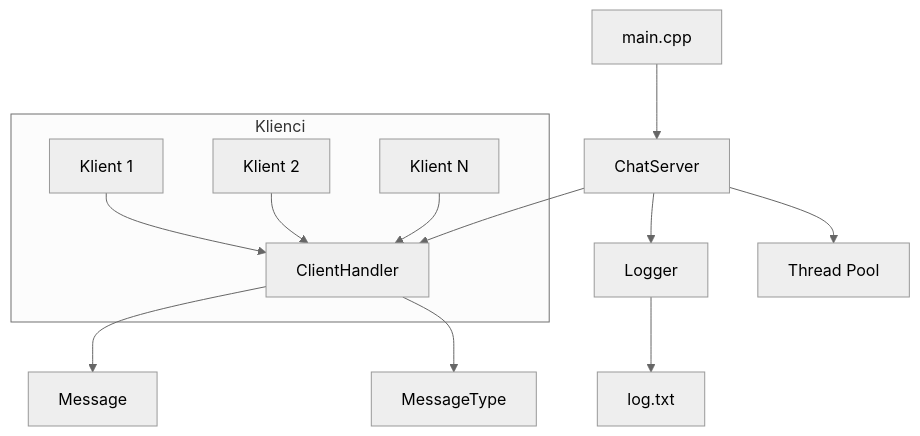
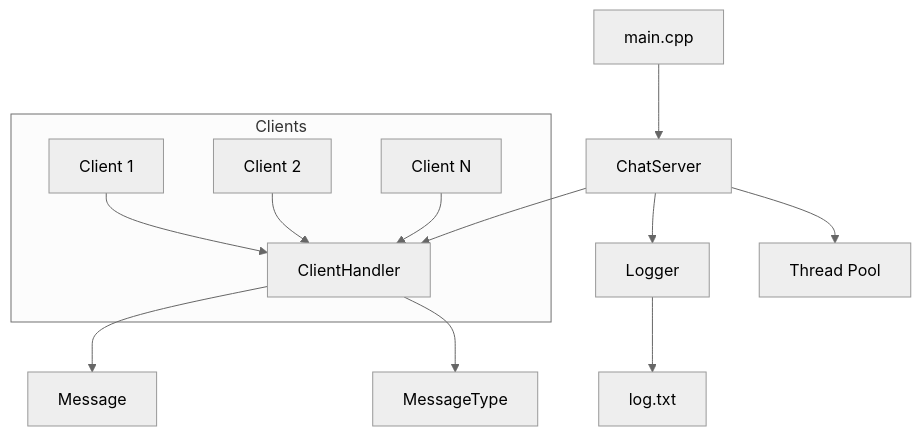
The first of 2 diagrams in README.md (bpieczek/chat-app-podstawy-programowania), drawn with Mermaid (neutral theme) before and after one commit. The commit also changed other lines of this file, not shown here.

````diff
--- a/README.md
+++ b/README.md
@@ -18,16 +18,16 @@
 ```mermaid
 graph TD
     A[main.cpp] --> B[ChatServer]
     B --> C[ClientHandler]
     B --> D[Logger]
     C --> E[Message]
     C --> F[MessageType]
     D --> G[log.txt]
     B --> H[Thread Pool]
 
-    subgraph Klienci
-        I[Klient 1] --> C
-        J[Klient 2] --> C
-        K[Klient N] --> C
+    subgraph Clients
+        I[Client 1] --> C
+        J[Client 2] --> C
+        K[Client N] --> C
     end
 ```
````
